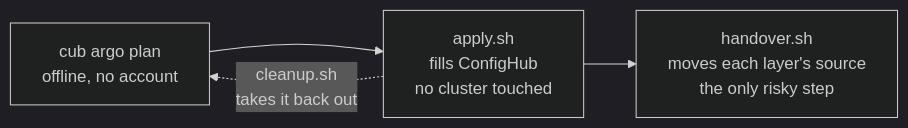
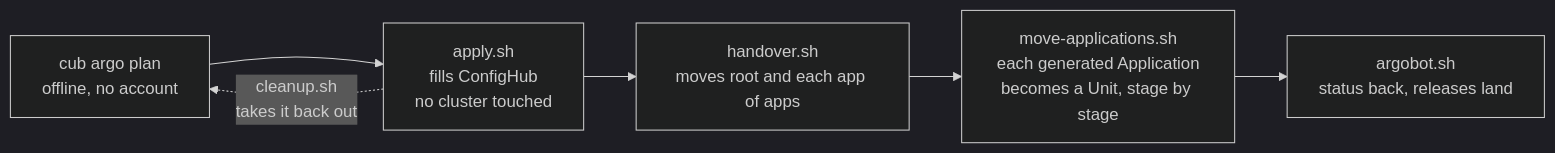
The second of 10 diagrams in cub-argo/docs/onboard-your-argo-estate.md (confighub/examples), drawn with Mermaid (dark theme) before and after one commit. The commit also changed other lines of this file and 6 other files, not shown here.

````diff
--- a/cub-argo/docs/onboard-your-argo-estate.md
+++ b/cub-argo/docs/onboard-your-argo-estate.md
@@ -10,6 +99,8 @@
 ```mermaid
 flowchart LR
   p["cub argo plan<br/>offline, no account"] --> a["apply.sh<br/>fills ConfigHub<br/>no cluster touched"]
-  a --> h["handover.sh<br/>moves each layer's source<br/>the only risky step"]
+  a --> h["handover.sh<br/>moves root and each app of apps"]
+  h --> m["move-applications.sh<br/>each generated Application<br/>becomes a Unit, stage by stage"]
+  m --> ab["argobot.sh<br/>status back, releases land"]
   a -.->|"cleanup.sh<br/>takes it back out"| p
 ```
````
